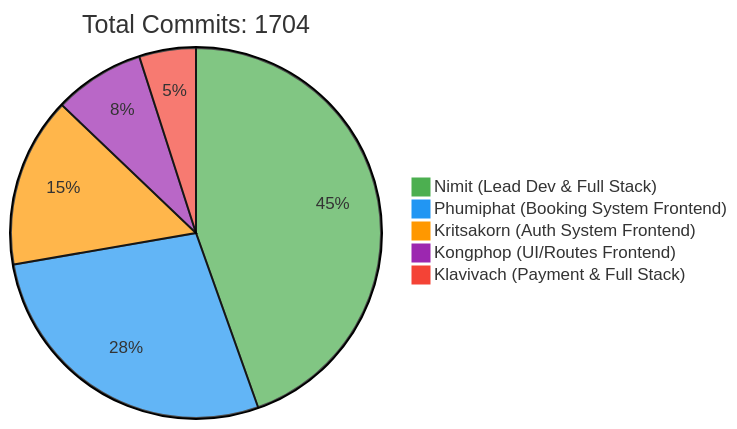
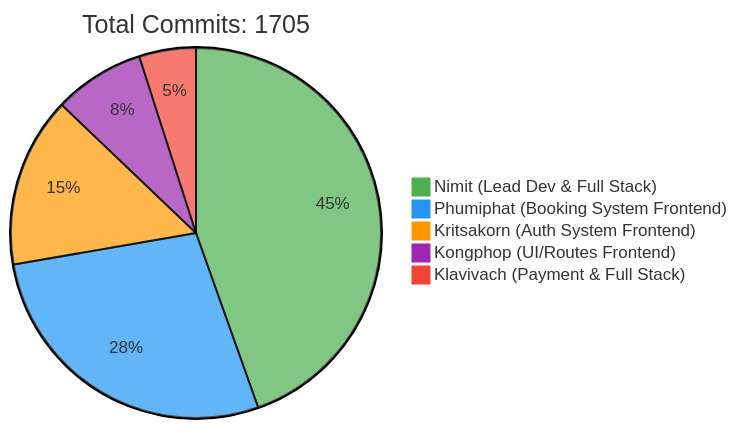
Before and after one commit to 6531503042/Sport-Complex: the first of 2 diagrams in README.md, drawn with Mermaid. The commit also changed other lines of this file, not shown here.

Commit message:
docs: Update contributor statistics [skip ci]

````diff
--- a/README.md
+++ b/README.md
@@ -257,10 +257,10 @@
 ```mermaid
 %%{init: {'theme': 'base', 'themeVariables': { 'pie1': '#4CAF50', 'pie2': '#2196F3', 'pie3': '#FF9800', 'pie4': '#9C27B0', 'pie5': '#F44336'}}}%%
 pie
-    title Total Commits: 1704
+    title Total Commits: 1705
     "Nimit (Lead Dev & Full Stack)" : 450
     "Phumiphat (Booking System Frontend)" : 280
     "Kritsakorn (Auth System Frontend)" : 150
     "Kongphop (UI/Routes Frontend)" : 80
     "Klavivach (Payment & Full Stack)" : 50
 ```
````
